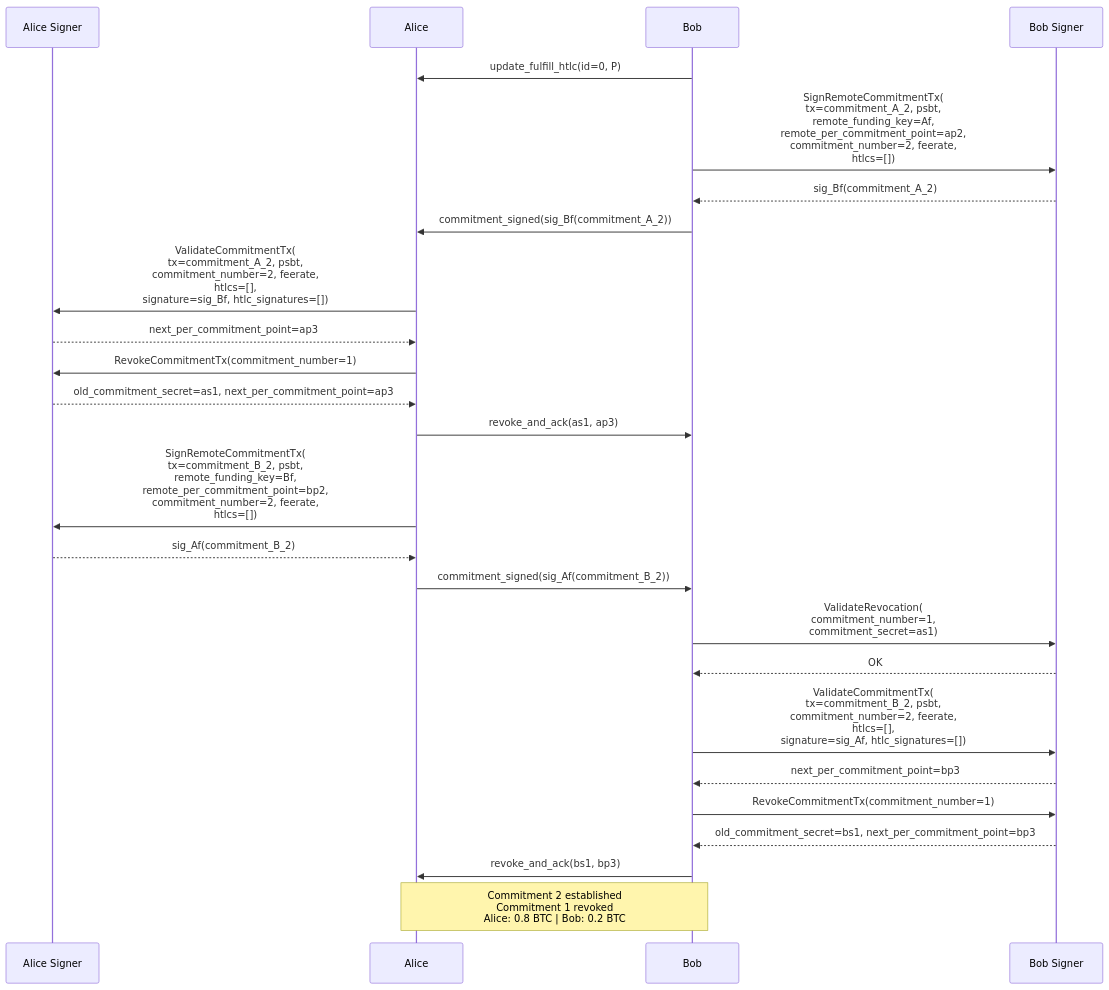
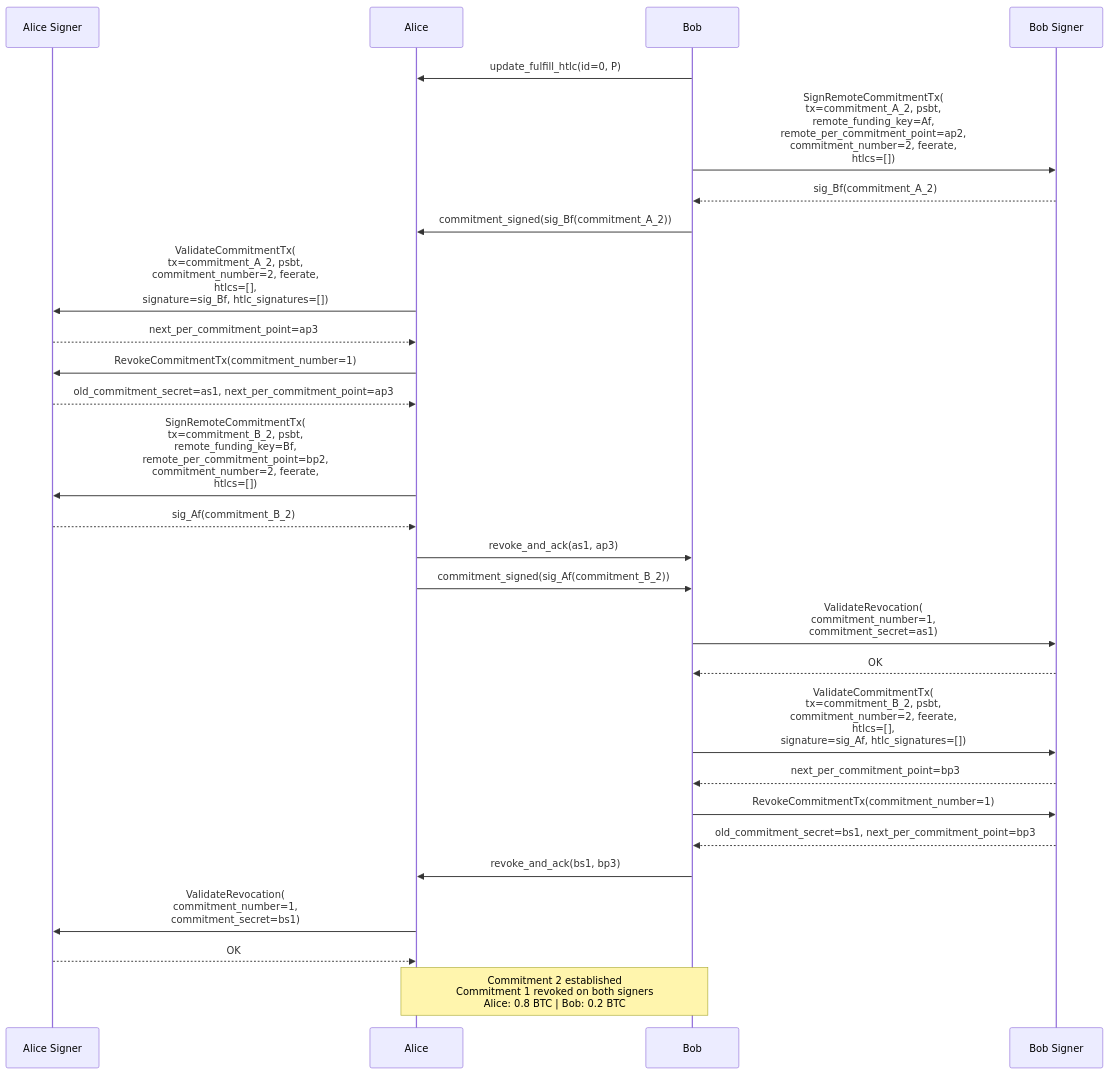
The third of 4 diagrams in current/01-alice-pays-bob.md (dukeh3/vls-arch), drawn with Mermaid before and after one commit. The commit also changed other lines of this file and 1 other file, not shown here.

First line of the commit message:
Fix current/ sequence ordering, add future/ A01 detailed segment

````diff
--- a/current/01-alice-pays-bob.md
+++ b/current/01-alice-pays-bob.md
@@ -265,40 +268,42 @@
 ```mermaid
 sequenceDiagram
     participant SignerA as Alice Signer
     participant Alice
     participant Bob
     participant SignerB as Bob Signer
 
     Bob->>Alice: update_fulfill_htlc(id=0, P)
 
     Bob->>SignerB: SignRemoteCommitmentTx(<br/>tx=commitment_A_2, psbt,<br/>remote_funding_key=Af,<br/>remote_per_commitment_point=ap2,<br/>commitment_number=2, feerate,<br/>htlcs=[])
     SignerB-->>Bob: sig_Bf(commitment_A_2)
 
     Bob->>Alice: commitment_signed(sig_Bf(commitment_A_2))
 
     Alice->>SignerA: ValidateCommitmentTx(<br/>tx=commitment_A_2, psbt,<br/>commitment_number=2, feerate,<br/>htlcs=[],<br/>signature=sig_Bf, htlc_signatures=[])
     SignerA-->>Alice: next_per_commitment_point=ap3
 
     Alice->>SignerA: RevokeCommitmentTx(commitment_number=1)
     SignerA-->>Alice: old_commitment_secret=as1, next_per_commitment_point=ap3
 
-    Alice->>Bob: revoke_and_ack(as1, ap3)
-
     Alice->>SignerA: SignRemoteCommitmentTx(<br/>tx=commitment_B_2, psbt,<br/>remote_funding_key=Bf,<br/>remote_per_commitment_point=bp2,<br/>commitment_number=2, feerate,<br/>htlcs=[])
     SignerA-->>Alice: sig_Af(commitment_B_2)
 
+    Alice->>Bob: revoke_and_ack(as1, ap3)
     Alice->>Bob: commitment_signed(sig_Af(commitment_B_2))
 
     Bob->>SignerB: ValidateRevocation(<br/>commitment_number=1,<br/>commitment_secret=as1)
     SignerB-->>Bob: OK
 
     Bob->>SignerB: ValidateCommitmentTx(<br/>tx=commitment_B_2, psbt,<br/>commitment_number=2, feerate,<br/>htlcs=[],<br/>signature=sig_Af, htlc_signatures=[])
     SignerB-->>Bob: next_per_commitment_point=bp3
 
     Bob->>SignerB: RevokeCommitmentTx(commitment_number=1)
     SignerB-->>Bob: old_commitment_secret=bs1, next_per_commitment_point=bp3
 
     Bob->>Alice: revoke_and_ack(bs1, bp3)
 
-    Note over Alice, Bob: Commitment 2 established<br/>Commitment 1 revoked<br/>Alice: 0.8 BTC | Bob: 0.2 BTC
+    Alice->>SignerA: ValidateRevocation(<br/>commitment_number=1,<br/>commitment_secret=bs1)
+    SignerA-->>Alice: OK
+
+    Note over Alice, Bob: Commitment 2 established<br/>Commitment 1 revoked on both signers<br/>Alice: 0.8 BTC | Bob: 0.2 BTC
 ```
````
